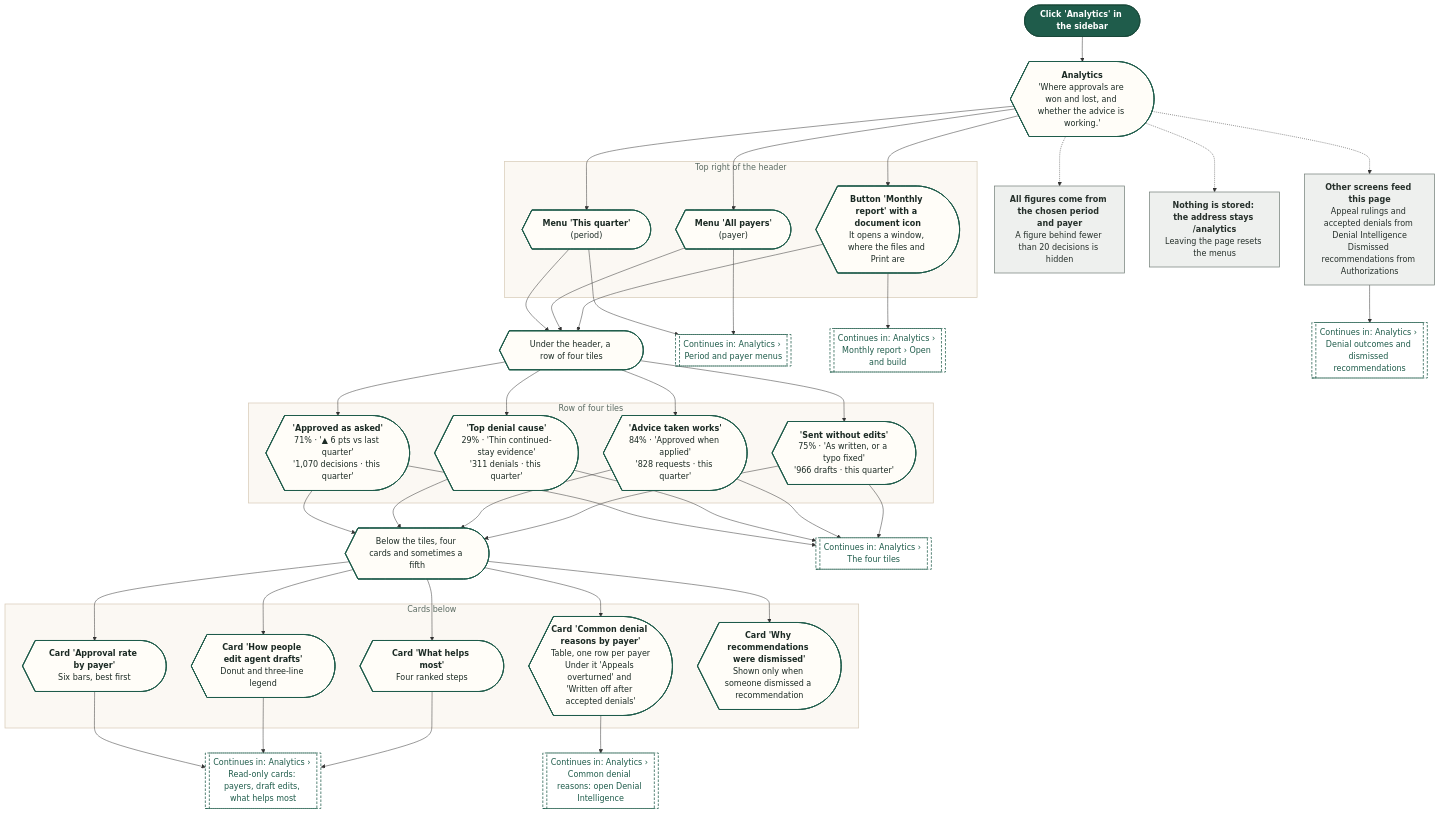
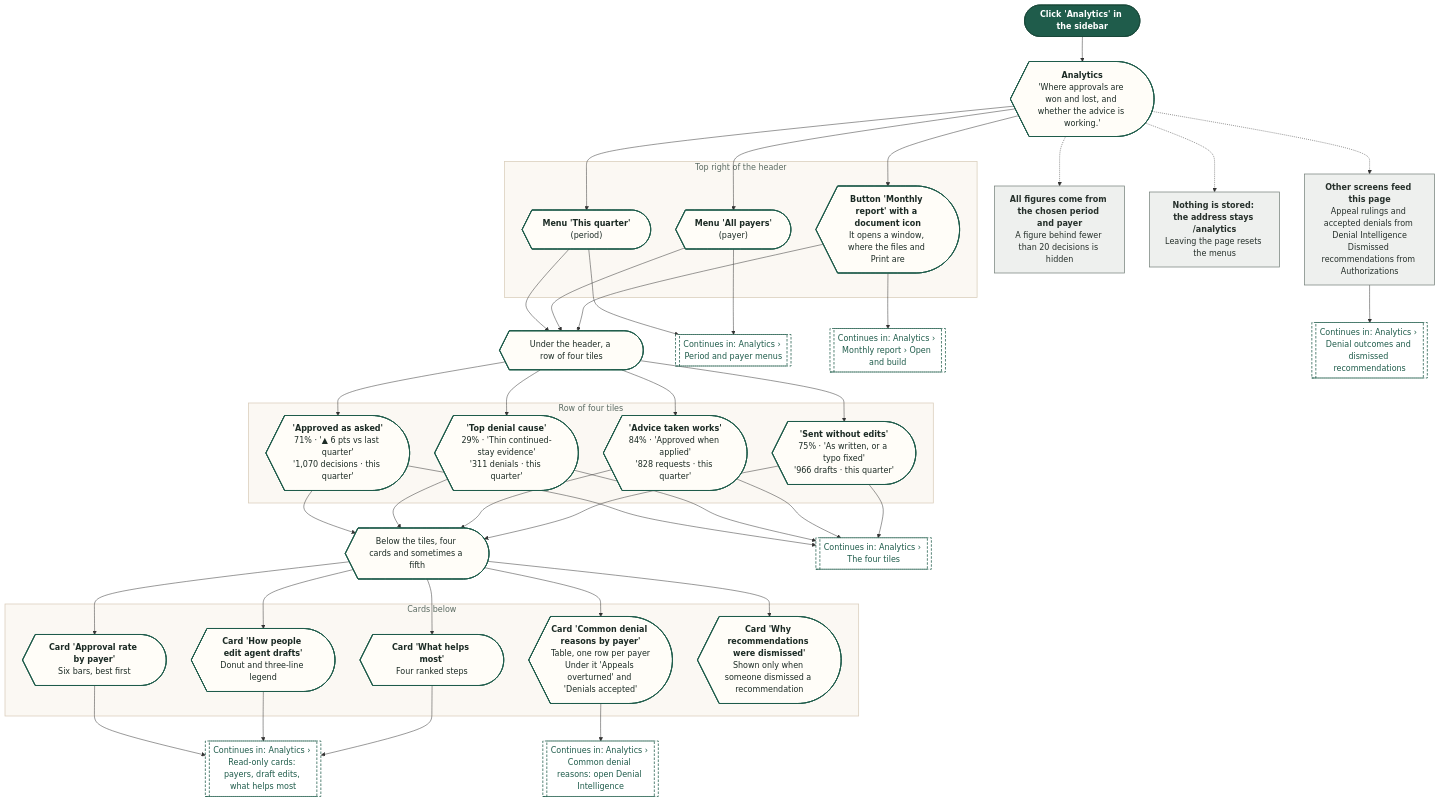
One commit to Shrav143/psyfloapp changed the first of 9 diagrams in demos/prior-auth-demo/workflows/out/md/08-analytics.md. Above: the diagram before and after it, drawn with Mermaid. The commit also changed other lines of this file and 39 other files, not shown here.

First line of the commit message:
docs: appeal analysis report in the site map and README; rebuild the workflow diagrams (225)

````diff
--- a/demos/prior-auth-demo/workflows/out/md/08-analytics.md
+++ b/demos/prior-auth-demo/workflows/out/md/08-analytics.md
@@ -15,73 +15,73 @@
 ```mermaid
 %%{init: {"theme":"base","themeVariables":{"fontFamily":"'DM Sans', 'Segoe UI', system-ui, sans-serif","fontSize":"15px","lineColor":"#5B6B63","primaryTextColor":"#1C2B25","clusterBkg":"#FBF8F3","clusterBorder":"#D9CDBB","edgeLabelBackground":"#FFFFFF"},"flowchart":{"curve":"basis","nodeSpacing":36,"rankSpacing":48,"padding":12,"htmlLabels":true,"useMaxWidth":false,"wrappingWidth":230}} }%%
 flowchart TD
   classDef k_start fill:#1F5C4B,stroke:#174638,color:#FFFFFF,stroke-width:1.5px,font-weight:600
   classDef k_end fill:#DDEFE3,stroke:#2E7D4F,color:#14502F,stroke-width:1.5px,font-weight:600
   classDef k_endx fill:#FBE3E0,stroke:#C0392B,color:#7A1F16,stroke-width:1.5px,font-weight:600
   classDef k_screen fill:#FFFDF8,stroke:#1F5C4B,color:#1C2B25,stroke-width:2px
   classDef k_overlay fill:#F1F7F3,stroke:#1F5C4B,color:#1C2B25,stroke-width:2px,stroke-dasharray:5 3
   classDef k_click fill:#DCEBFA,stroke:#2F6DB5,color:#12365F,stroke-width:1.5px
   classDef k_input fill:#E4E7FF,stroke:#4C5FD5,color:#1D2670,stroke-width:1.5px
   classDef k_process fill:#EEF0EE,stroke:#7A857F,color:#26302B,stroke-width:1.5px
   classDef k_agent fill:#EEE5FA,stroke:#7A4FC2,color:#341A63,stroke-width:1.5px
   classDef k_decision fill:#FFF0CC,stroke:#D9962B,color:#5C3B00,stroke-width:1.5px
   classDef k_store fill:#D5F0EA,stroke:#1C8E7B,color:#0B4A3F,stroke-width:1.5px
   classDef k_doc fill:#F6E9DC,stroke:#B07A4C,color:#4A2E14,stroke-width:1.5px
   classDef k_ext fill:#FFE6D2,stroke:#E07B39,color:#6B2F06,stroke-width:1.5px
   classDef k_wait fill:#E4E8EE,stroke:#6B7C93,color:#26303D,stroke-width:1.5px
   classDef k_toast fill:#FFF9DB,stroke:#C9A400,color:#5A4A00,stroke-width:1.5px
   classDef k_goto fill:#FFFFFF,stroke:#1F5C4B,color:#1F5C4B,stroke-width:1.5px,stroke-dasharray:5 3
   s1@{ shape: stadium, label: "Click 'Analytics' in the sidebar" }
   sc@{ shape: curv-trap, label: "<b>Analytics</b><br/>'Where approvals are won and lost, and whether the advice is working.'" }
   subgraph gTop ["Top right of the header"]
   m1@{ shape: curv-trap, label: "<b>Menu 'This quarter'</b><br/>(period)" }
   m2@{ shape: curv-trap, label: "<b>Menu 'All payers'</b><br/>(payer)" }
   m3@{ shape: curv-trap, label: "<b>Button 'Monthly report' with a document icon</b><br/>It opens a window, where the files and Print are" }
   end
   subgraph gTiles ["Row of four tiles"]
   t1@{ shape: curv-trap, label: "<b>'Approved as asked'</b><br/>71% · '▲ 6 pts vs last quarter'<br/>'1,070 decisions · this quarter'" }
   t2@{ shape: curv-trap, label: "<b>'Top denial cause'</b><br/>29% · 'Thin continued-stay evidence'<br/>'311 denials · this quarter'" }
   t3@{ shape: curv-trap, label: "<b>'Advice taken works'</b><br/>84% · 'Approved when applied'<br/>'828 requests · this quarter'" }
   t4@{ shape: curv-trap, label: "<b>'Sent without edits'</b><br/>75% · 'As written, or a typo fixed'<br/>'966 drafts · this quarter'" }
   end
   subgraph gCards ["Cards below"]
   c1@{ shape: curv-trap, label: "<b>Card 'Approval rate by payer'</b><br/>Six bars, best first" }
   c2@{ shape: curv-trap, label: "<b>Card 'How people edit agent drafts'</b><br/>Donut and three-line legend" }
-  c3@{ shape: curv-trap, label: "<b>Card 'Common denial reasons by payer'</b><br/>Table, one row per payer<br/>Under it 'Appeals overturned' and 'Written off after accepted denials'" }
+  c3@{ shape: curv-trap, label: "<b>Card 'Common denial reasons by payer'</b><br/>Table, one row per payer<br/>Under it 'Appeals overturned' and 'Denials accepted'" }
   c4@{ shape: curv-trap, label: "<b>Card 'What helps most'</b><br/>Four ranked steps" }
   c5@{ shape: curv-trap, label: "<b>Card 'Why recommendations were dismissed'</b><br/>Shown only when someone dismissed a recommendation" }
   end
   hub2@{ shape: curv-trap, label: "Under the header, a row of four tiles" }
   hub@{ shape: curv-trap, label: "Below the tiles, four cards and sometimes a fifth" }
   p1@{ shape: rect, label: "<b>All figures come from the chosen period and payer</b><br/>A figure behind fewer than 20 decisions is hidden" }
   p2@{ shape: rect, label: "<b>Nothing is stored: the address stays /analytics</b><br/>Leaving the page resets the menus" }
   p3@{ shape: rect, label: "<b>Other screens feed this page</b><br/>Appeal rulings and accepted denials from Denial Intelligence<br/>Dismissed recommendations from Authorizations" }
   g1@{ shape: subproc, label: "Continues in: Analytics › Period and payer menus" }
   g2@{ shape: subproc, label: "Continues in: Analytics › The four tiles" }
   g3@{ shape: subproc, label: "Continues in: Analytics › Read-only cards: payers, draft edits, what helps most" }
   g4@{ shape: subproc, label: "Continues in: Analytics › Common denial reasons: open Denial Intelligence" }
   g5@{ shape: subproc, label: "Continues in: Analytics › Monthly report › Open and build" }
   g6@{ shape: subproc, label: "Continues in: Analytics › Denial outcomes and dismissed recommendations" }
   s1 --> sc
   sc --> m1 & m2 & m3
   m1 & m2 & m3 --> hub2
   hub2 --> t1 & t2 & t3 & t4
   t1 & t2 & t3 & t4 --> hub
   hub --> c1 & c2 & c3 & c4 & c5
   sc -.-> p1
   sc -.-> p2
   sc -.-> p3
   p3 --> g6
   m1 & m2 --> g1
   t1 & t2 & t3 & t4 --> g2
   c1 & c2 & c4 --> g3
   c3 --> g4
   m3 --> g5
   class s1 k_start
   class sc,m1,m2,m3,t1,t2,t3,t4,c1,c2,c3,c4,c5,hub2,hub k_screen
   class p1,p2,p3 k_process
   class g1,g2,g3,g4,g5,g6 k_goto
   style gTop fill:#FBF8F3,stroke:#D9CDBB,stroke-width:1.5px,color:#5B6B63
   style gTiles fill:#FBF8F3,stroke:#D9CDBB,stroke-width:1.5px,color:#5B6B63
   style gCards fill:#FBF8F3,stroke:#D9CDBB,stroke-width:1.5px,color:#5B6B63
 ```
````
